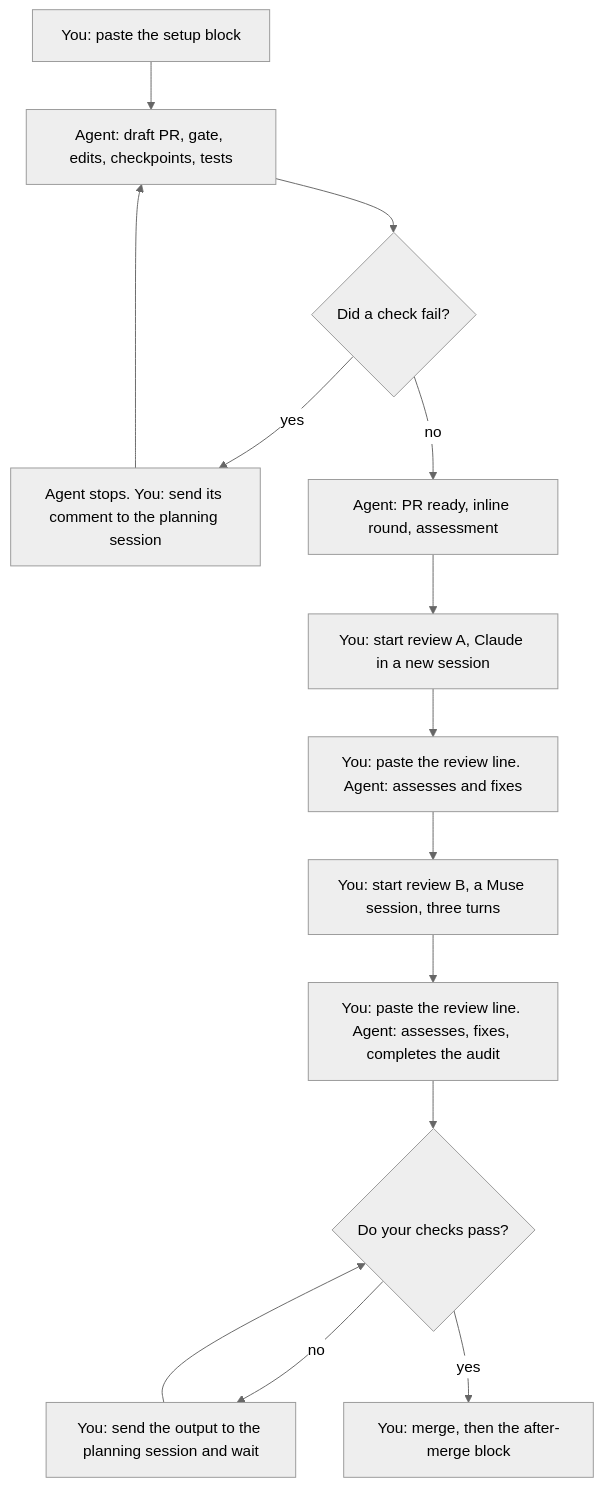
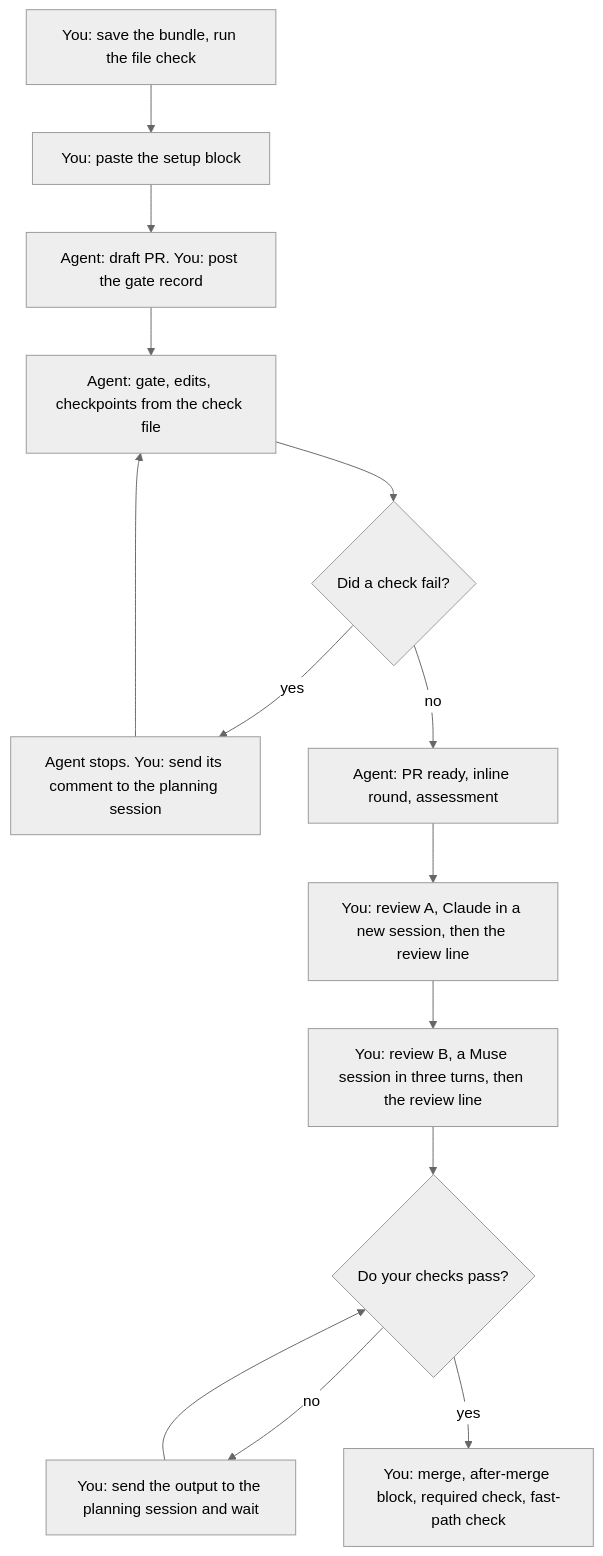
One commit to GCV-Sleeper-Service/ESP32-GW-multi-sensor changed the diagram in Docs/operator/R5-tooling.md. Above: the diagram before and after it, drawn with Mermaid (neutral theme). The commit also changed other lines of this file and 28 other files, not shown here.

First line of the commit message:
tooling: R5 — scope gate, lint rules L8 to L11, CI fast path, PR-body check, reproducible dashboard header (refs #228) (#237)

````diff
--- a/Docs/operator/R5-tooling.md
+++ b/Docs/operator/R5-tooling.md
@@ -65,16 +76,16 @@
 ```mermaid
 flowchart TD
-    A["You: paste the setup block"] --> B["Agent: draft PR, gate, edits, checkpoints, tests"]
-    B --> C{"Did a check fail?"}
-    C -- "yes" --> D["Agent stops. You: send its comment to the planning session"]
-    D --> B
-    C -- "no" --> E["Agent: PR ready, inline round, assessment"]
-    E --> F["You: start review A, Claude in a new session"]
-    F --> G["You: paste the review line. Agent: assesses and fixes"]
-    G --> H["You: start review B, a Muse session, three turns"]
-    H --> I["You: paste the review line. Agent: assesses, fixes, completes the audit"]
+    A["You: save the bundle, run the file check"] --> B["You: paste the setup block"]
+    B --> C["Agent: draft PR. You: post the gate record"]
+    C --> D["Agent: gate, edits, checkpoints from the check file"]
+    D --> E{"Did a check fail?"}
+    E -- "yes" --> F["Agent stops. You: send its comment to the planning session"]
+    F --> D
+    E -- "no" --> G["Agent: PR ready, inline round, assessment"]
+    G --> H["You: review A, Claude in a new session, then the review line"]
+    H --> I["You: review B, a Muse session in three turns, then the review line"]
     I --> J{"Do your checks pass?"}
     J -- "no" --> K["You: send the output to the planning session and wait"]
     K --> J
-    J -- "yes" --> L["You: merge, then the after-merge block"]
+    J -- "yes" --> L["You: merge, after-merge block, required check, fast-path check"]
 ```
````
